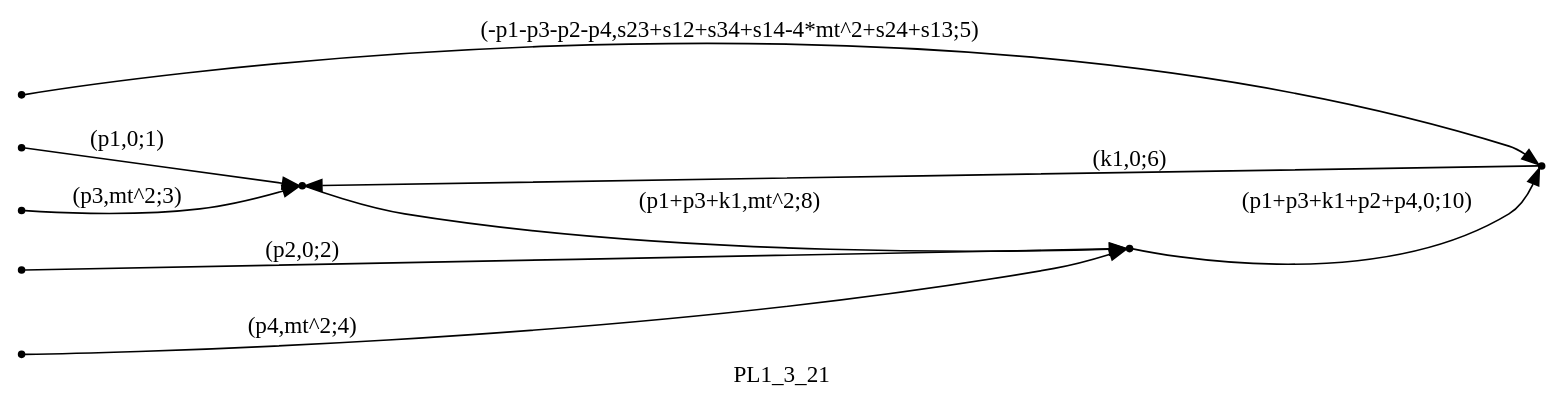
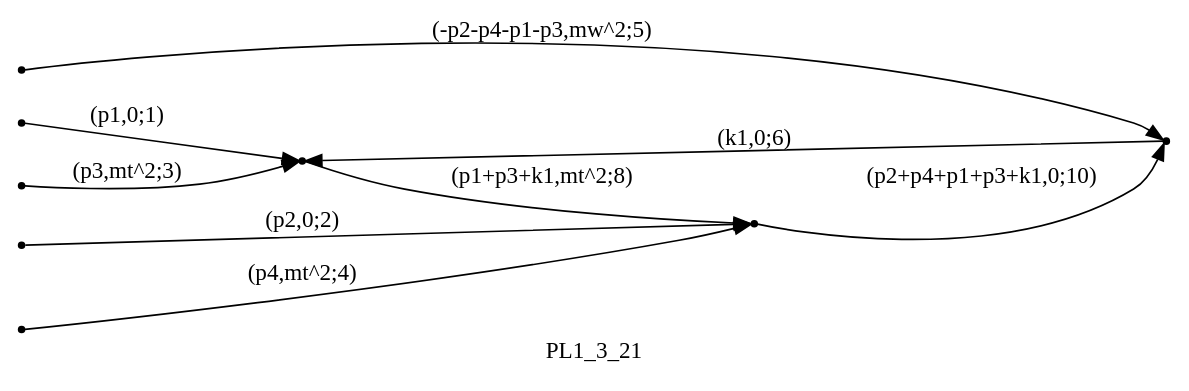
The diagram in 1loopAmplitude/Reduze/graphs/PL1/all/PL1_3_21.dot (UsHnBaGp/Wtt), drawn with Graphviz before and after one commit. The commit also changed 163 other files, not shown here.

```diff
--- a/1loopAmplitude/Reduze/graphs/PL1/all/PL1_3_21.dot
+++ b/1loopAmplitude/Reduze/graphs/PL1/all/PL1_3_21.dot
@@ -1,23 +1,23 @@
 digraph PL1_3_21 {
   label="PL1_3_21";
   rankdir="LR";
   subgraph edges {
     -1 -> 2 [label="(p1,0;1)"];
     -2 -> 3 [label="(p2,0;2)"];
     -3 -> 2 [label="(p3,mt^2;3)"];
     -4 -> 3 [label="(p4,mt^2;4)"];
-    -5 -> 1 [label="(-p1-p3-p2-p4,s23+s12+s34+s14-4*mt^2+s24+s13;5)"];
+    -5 -> 1 [label="(-p2-p4-p1-p3,mw^2;5)"];
     1 -> 2 [label="(k1,0;6)"];
     2 -> 3 [label="(p1+p3+k1,mt^2;8)"];
-    3 -> 1 [label="(p1+p3+k1+p2+p4,0;10)"];
+    3 -> 1 [label="(p2+p4+p1+p3+k1,0;10)"];
   }
   subgraph incoming { rank="source"; -1; -2; -3; -4; -5; }
 -5 [shape=point];
 -4 [shape=point];
 -3 [shape=point];
 -2 [shape=point];
 -1 [shape=point];
 1 [shape=point];
 2 [shape=point];
 3 [shape=point];
 }
```
